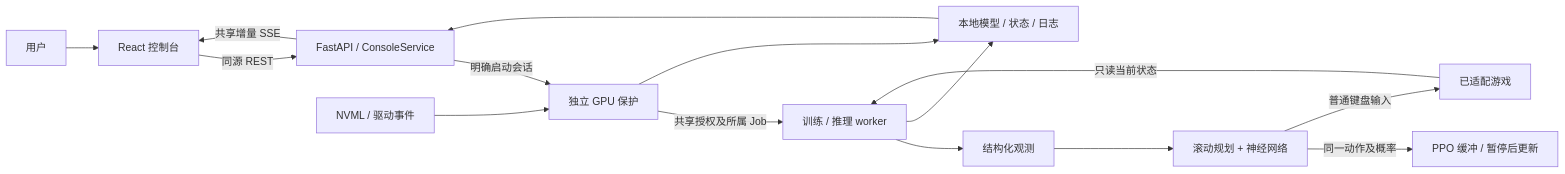
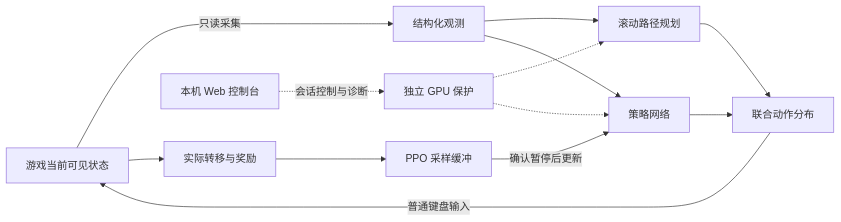
One commit to xialongxl/TH06NC-Neural-Pilot changed the diagram in README.md. Above: the diagram before and after it, drawn with Mermaid. The commit also changed other lines of this file, not shown here.

````diff
--- a/README.md
+++ b/README.md
@@ -155,17 +123,15 @@
 ```mermaid
 flowchart LR
-  U[用户] --> UI[React 控制台]
-  UI -->|同源 REST| API[FastAPI / ConsoleService]
-  API -->|明确启动会话| G[独立 GPU 保护]
-  NV[NVML / 驱动事件] --> G
-  G -->|共享授权及所属 Job| W[训练 / 推理 worker]
-  GAME[已适配游戏] -->|只读当前状态| W
-  W --> O[结构化观测]
-  O --> P[滚动规划 + 神经网络]
-  P -->|同一动作及概率| PPO[PPO 缓冲 / 暂停后更新]
-  P -->|普通键盘输入| GAME
-  W --> FILE[本地模型 / 状态 / 日志]
-  G --> FILE
-  FILE --> API
-  API -->|共享增量 SSE| UI
+  Game[游戏当前可见状态] -->|只读采集| Observe[结构化观测]
+  Observe --> Plan[滚动路径规划]
+  Observe --> Network[策略网络]
+  Plan --> Policy[联合动作分布]
+  Network --> Policy
+  Policy -->|普通键盘输入| Game
+  Game --> Feedback[实际转移与奖励]
+  Feedback --> PPO[PPO 采样缓冲]
+  PPO -->|确认暂停后更新| Network
+  Guard[独立 GPU 保护] -.-> Plan
+  Guard -.-> Network
+  Console[本机 Web 控制台] -.->|会话控制与诊断| Guard
 ```
````
